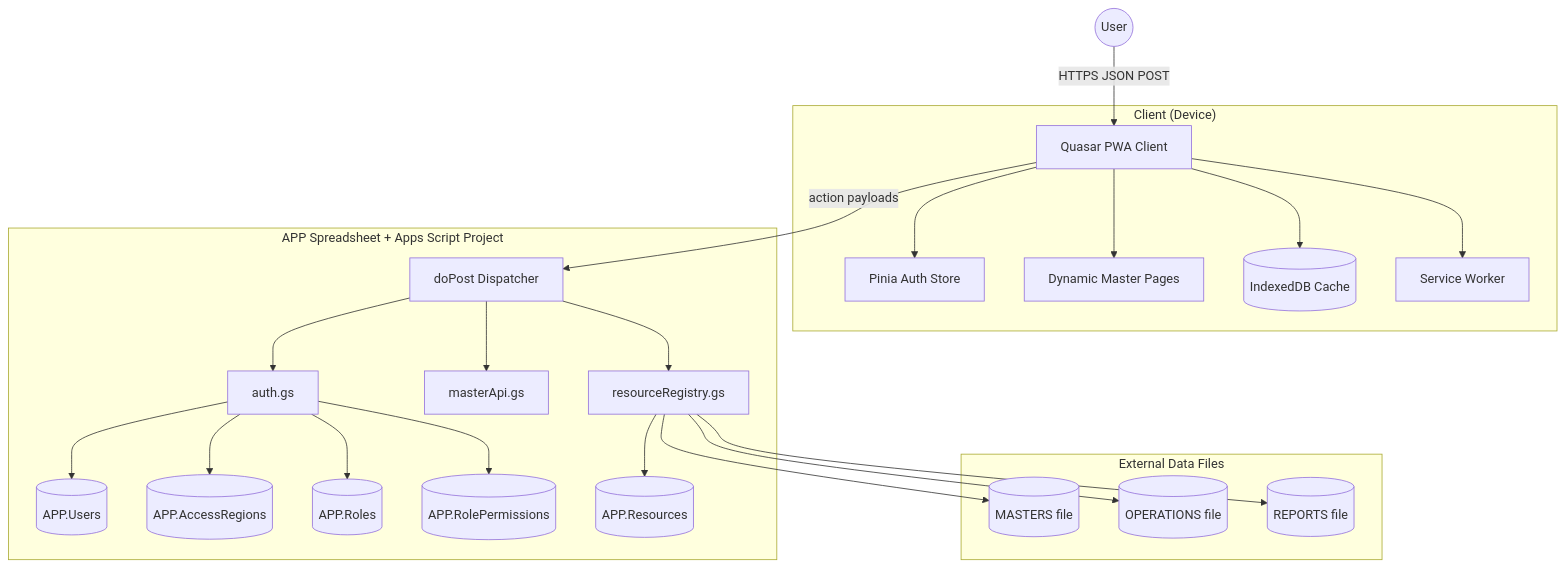
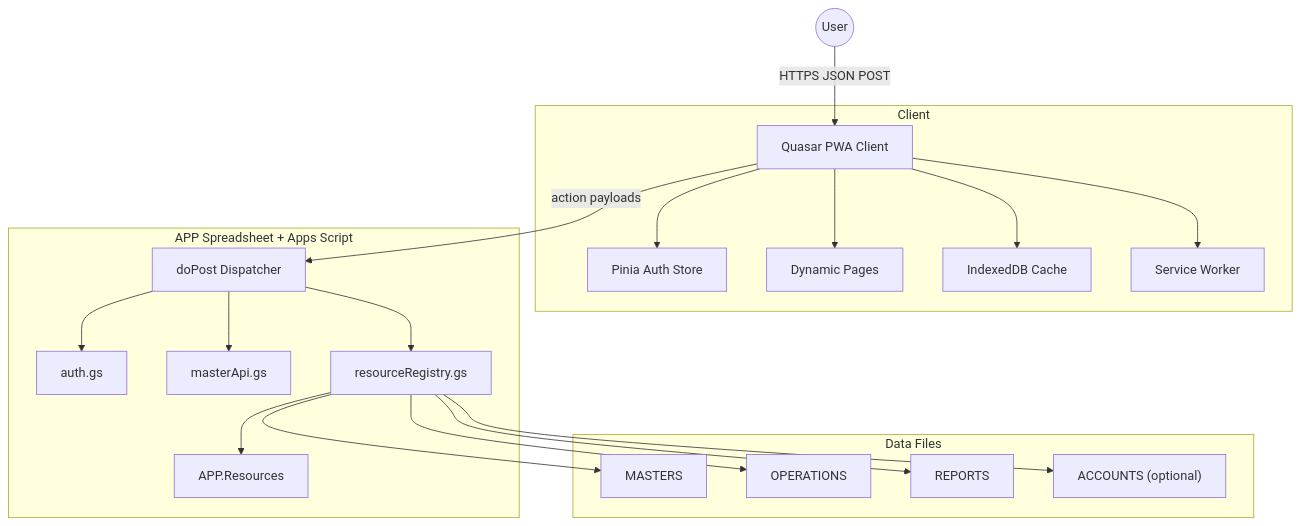
One commit to firumon/little-leap-aql changed the diagram in Documents/Architecture.md. Above: the diagram before and after it, drawn with Mermaid. The commit also changed other lines of this file and 33 other files, not shown here.

````diff
--- a/Documents/Architecture.md
+++ b/Documents/Architecture.md
@@ -5,29 +8,26 @@
 ```mermaid
 graph TD
-    User((User)) -->|HTTPS JSON POST| PWA[Quasar PWA Client]
+    User((User)) -->|HTTPS JSON POST| PWA["Quasar PWA Client"]
 
-    subgraph "Client (Device)"
-        PWA --> AuthStore[Pinia Auth Store]
-        PWA --> MasterPages[Dynamic Master Pages]
-        PWA --> IDB[(IndexedDB Cache)]
-        PWA --> SW[Service Worker]
+    subgraph "Client"
+        PWA --> AuthStore["Pinia Auth Store"]
+        PWA --> MasterPages["Dynamic Pages"]
+        PWA --> IDB["IndexedDB Cache"]
+        PWA --> SW["Service Worker"]
     end
 
-    subgraph "APP Spreadsheet + Apps Script Project"
-        PWA -->|action payloads| GAS[doPost Dispatcher]
-        GAS --> AUTH[auth.gs]
-        GAS --> MASTER[masterApi.gs]
-        GAS --> REGISTRY[resourceRegistry.gs]
-        AUTH --> USERS[(APP.Users)]
-        AUTH --> ACCESSREG[(APP.AccessRegions)]
-        AUTH --> ROLES[(APP.Roles)]
-        AUTH --> ROLEPERM[(APP.RolePermissions)]
-        REGISTRY --> RESOURCES[(APP.Resources)]
+    subgraph "APP Spreadsheet + Apps Script"
+        PWA -->|action payloads| GAS["doPost Dispatcher"]
+        GAS --> AUTH["auth.gs"]
+        GAS --> MASTER["masterApi.gs"]
+        GAS --> REGISTRY["resourceRegistry.gs"]
+        REGISTRY --> APPRES["APP.Resources"]
     end
 
-    subgraph "External Data Files"
-        REGISTRY --> MASTERS[(MASTERS file)]
-        REGISTRY --> TRANS[(OPERATIONS file)]
-        REGISTRY --> REPORTS[(REPORTS file)]
+    subgraph "Data Files"
+        REGISTRY --> MASTERS["MASTERS"]
+        REGISTRY --> OPERATIONS["OPERATIONS"]
+        REGISTRY --> REPORTS["REPORTS"]
+        REGISTRY --> ACCOUNTS["ACCOUNTS (optional)"]
     end
 ```
````
